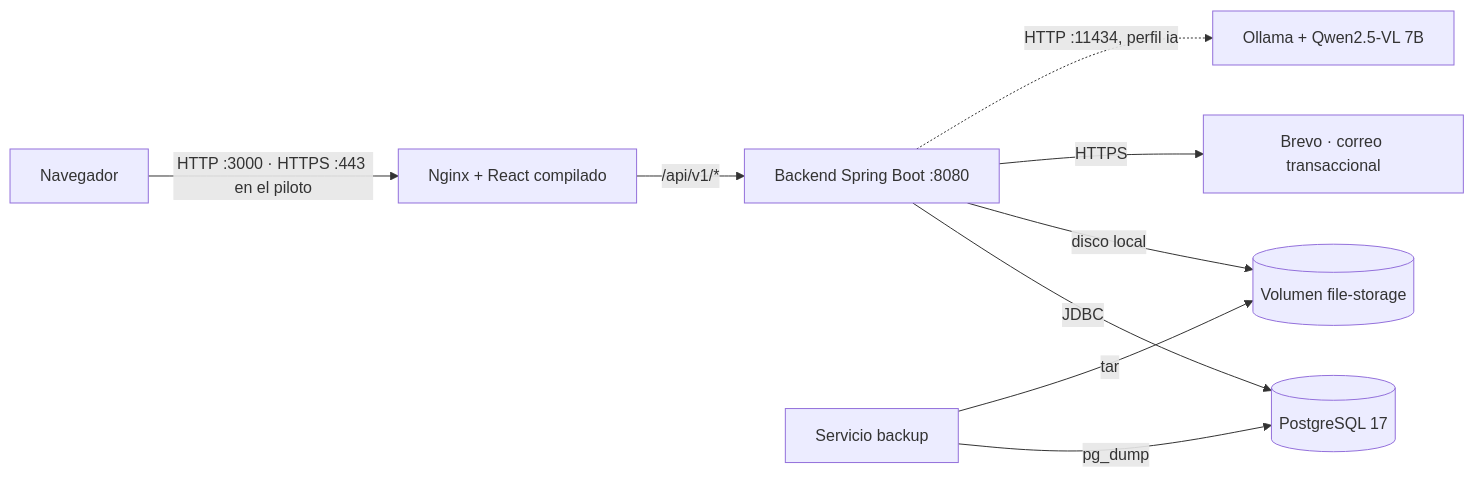
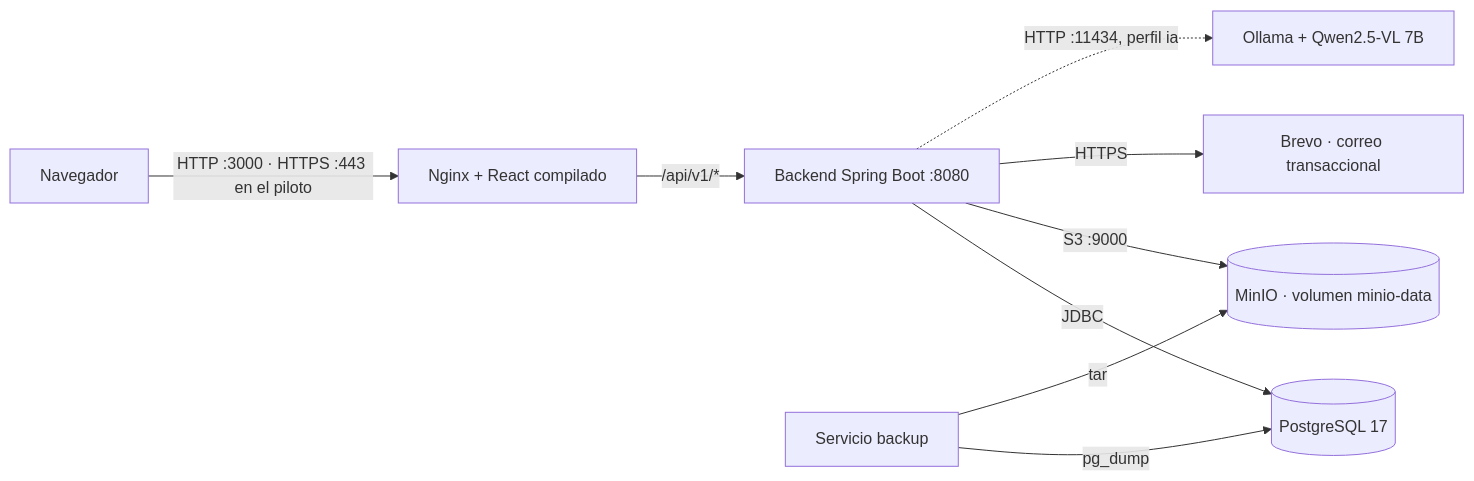
Before and after one commit to CarlosEscam/LogiCode-Up: the first of 4 diagrams in docs/arquitectura.md, drawn with Mermaid. The commit also changed other lines of this file and 25 other files, not shown here.

````diff
--- a/docs/arquitectura.md
+++ b/docs/arquitectura.md
@@ -9,11 +9,11 @@
 ```mermaid
 flowchart LR
     U[Navegador] -->|HTTP :3000 · HTTPS :443 en el piloto| N[Nginx + React compilado]
     N -->|/api/v1/*| B[Backend Spring Boot :8080]
     B -->|JDBC| P[(PostgreSQL 17)]
-    B -->|disco local| F[(Volumen file-storage)]
+    B -->|S3 :9000| F[(MinIO · volumen minio-data)]
     B -->|HTTPS| M[Brevo · correo transaccional]
     B -.->|HTTP :11434, perfil ia| O[Ollama + Qwen2.5-VL 7B]
     K[Servicio backup] -->|pg_dump| P
     K -->|tar| F
 ```
````
